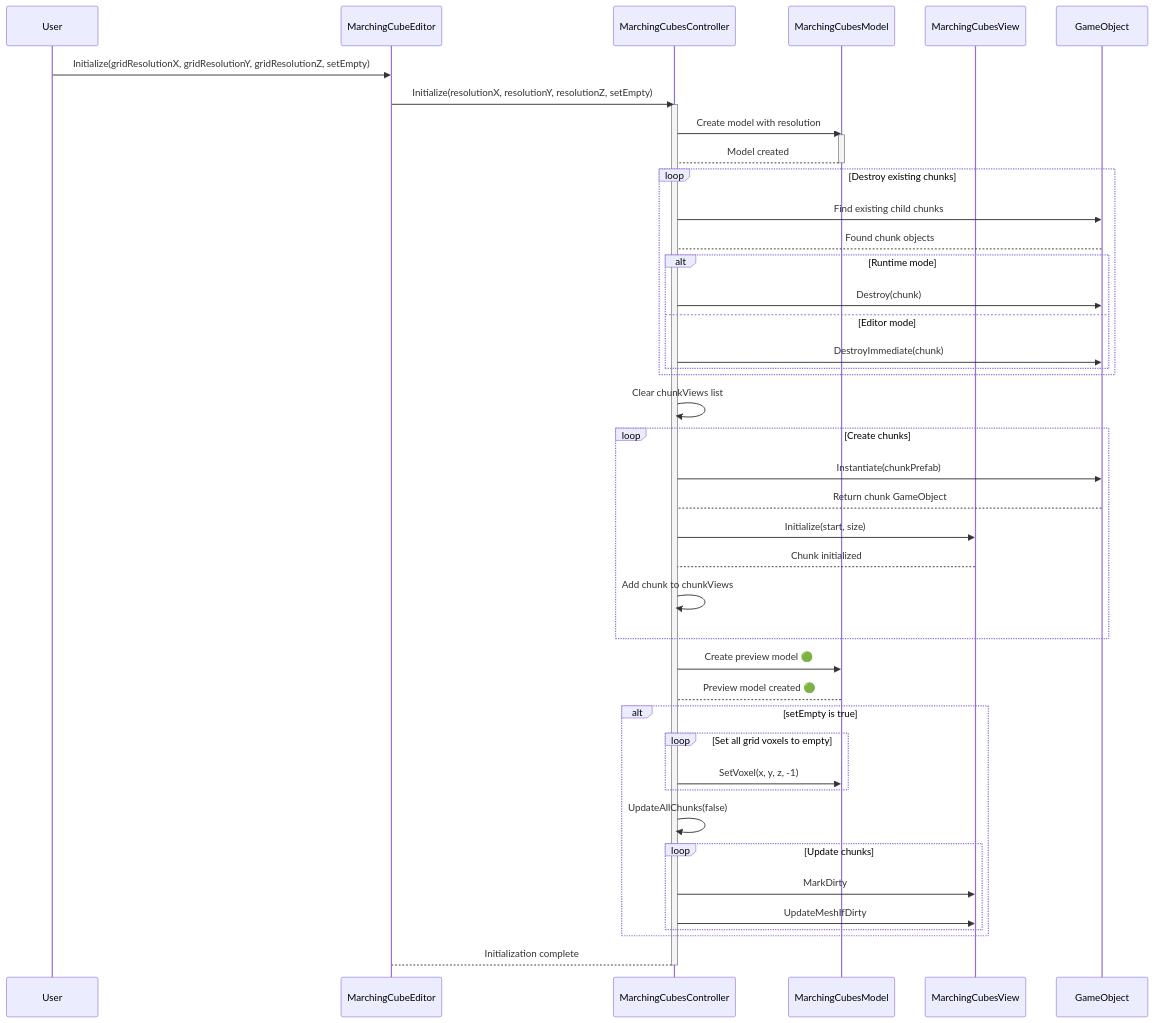
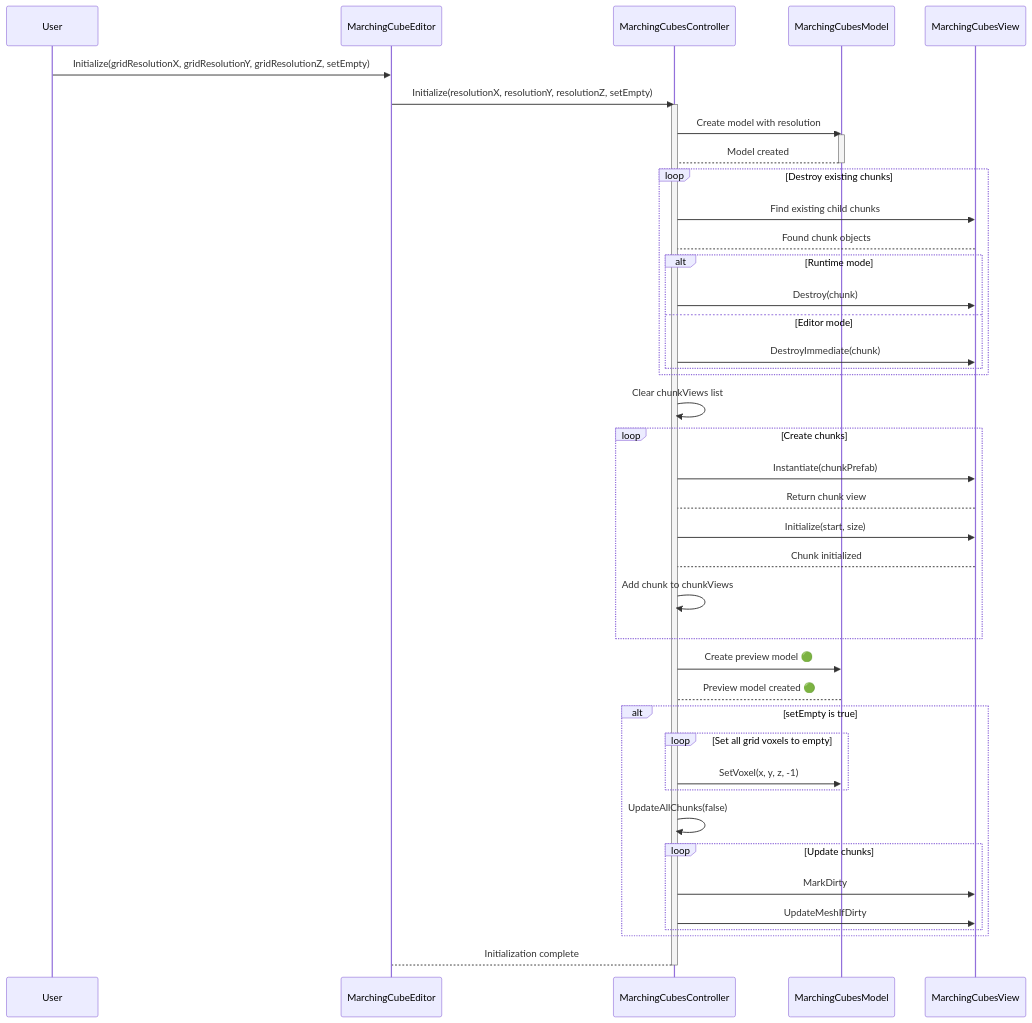
The first of 2 diagrams in Documentation/UML/SequenceDiagram/README.md (iffn/MarchingCubeEditorForUnity), drawn with Mermaid before and after one commit.

Commit message:
Got rid of GameObject in Sequence diagram
ChatGPT hallucination fixed...

````diff
--- a/Documentation/UML/SequenceDiagram/README.md
+++ b/Documentation/UML/SequenceDiagram/README.md
@@ -3,55 +3,54 @@
 ```mermaid
 sequenceDiagram
     participant User
     participant MarchingCubeEditor
     participant MarchingCubesController
     participant MarchingCubesModel
     participant MarchingCubesView
-    participant GameObject
 
     User ->> MarchingCubeEditor: Initialize(gridResolutionX, gridResolutionY, gridResolutionZ, setEmpty)
     MarchingCubeEditor ->> MarchingCubesController: Initialize(resolutionX, resolutionY, resolutionZ, setEmpty)
     
     activate MarchingCubesController
     MarchingCubesController ->> MarchingCubesModel: Create model with resolution
     activate MarchingCubesModel
     MarchingCubesModel --> MarchingCubesController: Model created
     deactivate MarchingCubesModel
     
     loop Destroy existing chunks
-        MarchingCubesController ->> GameObject: Find existing child chunks
-        GameObject --> MarchingCubesController: Found chunk objects
+        MarchingCubesController ->> MarchingCubesView: Find existing child chunks
+        MarchingCubesView --> MarchingCubesController: Found chunk objects
         alt Runtime mode
-            MarchingCubesController ->> GameObject: Destroy(chunk)
+            MarchingCubesController ->> MarchingCubesView: Destroy(chunk)
         else Editor mode
-            MarchingCubesController ->> GameObject: DestroyImmediate(chunk)
+            MarchingCubesController ->> MarchingCubesView: DestroyImmediate(chunk)
         end
     end
 
     MarchingCubesController ->> MarchingCubesController: Clear chunkViews list
     
     loop Create chunks
-        MarchingCubesController ->> GameObject: Instantiate(chunkPrefab)
-        GameObject --> MarchingCubesController: Return chunk GameObject
+        MarchingCubesController ->> MarchingCubesView: Instantiate(chunkPrefab)
+        MarchingCubesView --> MarchingCubesController: Return chunk view
         MarchingCubesController ->> MarchingCubesView: Initialize(start, size)
         MarchingCubesView --> MarchingCubesController: Chunk initialized
         MarchingCubesController ->> MarchingCubesController: Add chunk to chunkViews
     end
     
     MarchingCubesController ->> MarchingCubesModel: Create preview model 🟢
     MarchingCubesModel --> MarchingCubesController: Preview model created 🟢
 
     alt setEmpty is true
         loop Set all grid voxels to empty
             MarchingCubesController ->> MarchingCubesModel: SetVoxel(x, y, z, -1)
         end
         MarchingCubesController ->> MarchingCubesController: UpdateAllChunks(false)
         loop Update chunks
             MarchingCubesController ->> MarchingCubesView: MarkDirty
             MarchingCubesController ->> MarchingCubesView: UpdateMeshIfDirty
         end
     end
 
     MarchingCubesController --> MarchingCubeEditor: Initialization complete
     deactivate MarchingCubesController
 ```    
````
